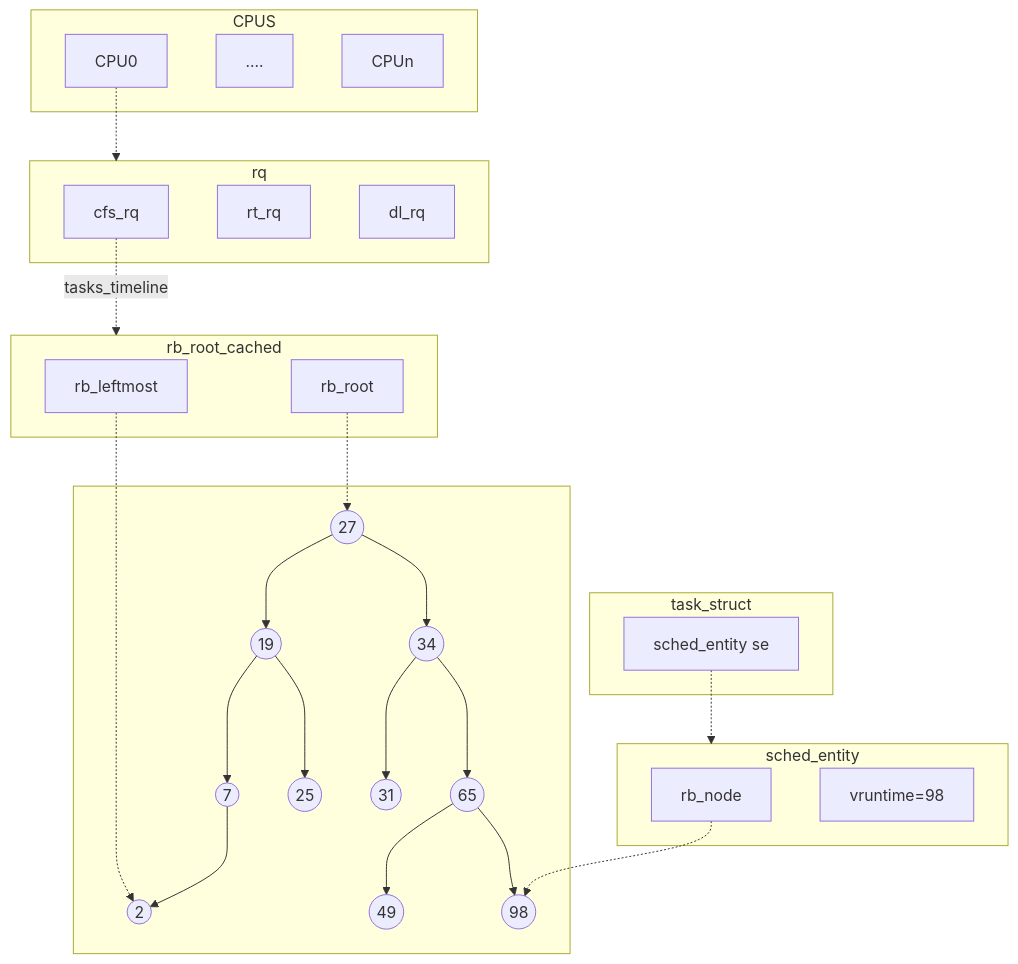
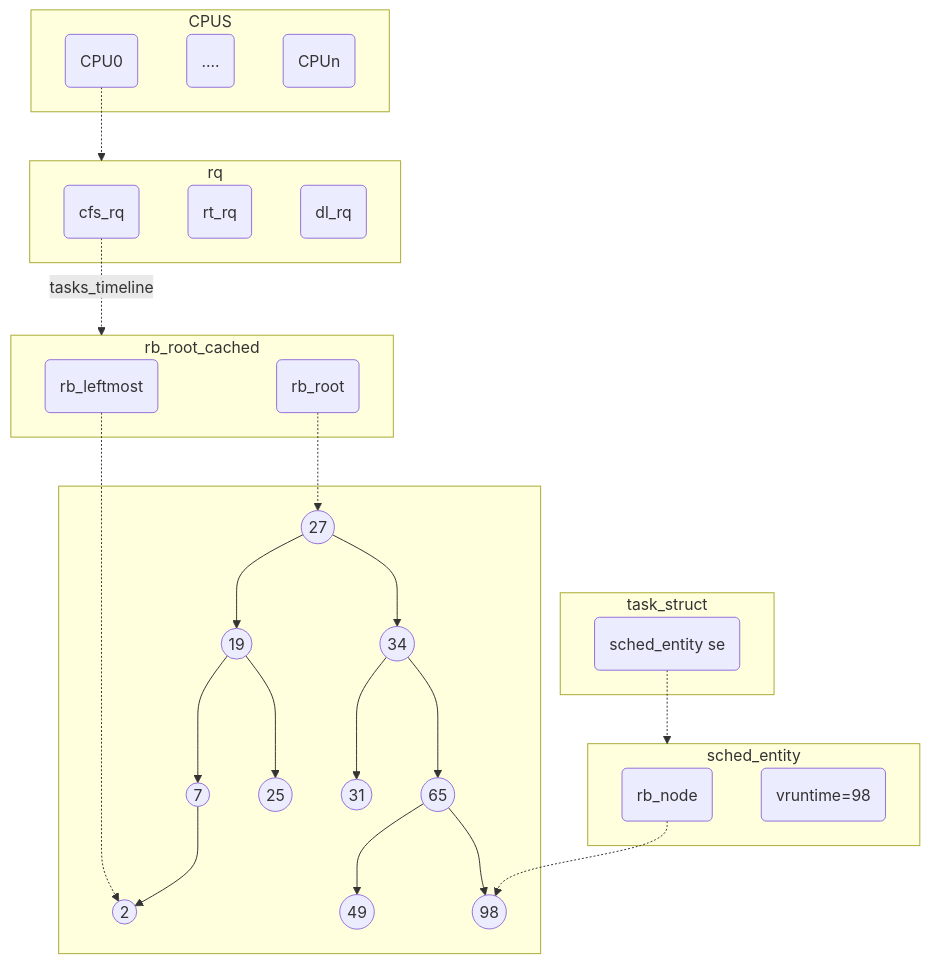
The second of 2 diagrams in 调度子系统/cfs-1.md (ZouTaooo/kernel-blogs), drawn with Mermaid before and after one commit. The commit also changed other lines of this file and 17 other files, not shown here.

````diff
--- a/调度子系统/cfs-1.md
+++ b/调度子系统/cfs-1.md
@@ -64,50 +64,50 @@
 ```mermaid
 graph TB
 
 subgraph CPUS
-    C1[CPU0]
-    Cx[....]
-    C2[CPUn]
+    C1(CPU0)
+    Cx(....)
+    C2(CPUn)
 end
 
 C1 -.-> rq
 
 subgraph rq
-    cfs1[cfs_rq]
-    rq1[rt_rq]
-    dl1[dl_rq]
+    cfs1(cfs_rq)
+    rq1(rt_rq)
+    dl1(dl_rq)
 end
 
 cfs1 -.->|tasks_timeline| rb_root_cached
 
 subgraph rb_root_cached
-    rb_leftmost 
-    rb_root 
+    rb_leftmost(rb_leftmost) 
+    rb_root(rb_root) 
 end
 
 rb_root -.-> 27
 rb_leftmost -.-> 2
 
 subgraph  
 27((27)) --> 19((19))
 19 --> 7((7)) --> 2((2))
 19 --> 25((25))
 27-->34
 34--> 31((31))
 34((34)) --> 65((65)) --> 49((49)) 
 65 --> 98((98))
 end
 
 subgraph task_struct
-    se[sched_entity se]
+    se(sched_entity se)
 end
 
 se -.-> sched_entity
 
 subgraph sched_entity
-    run_node[rb_node]
-    vruntime[vruntime=98]
+    run_node(rb_node)
+    vruntime(vruntime=98)
 end
 
 run_node -.-> 98
 ```
````
